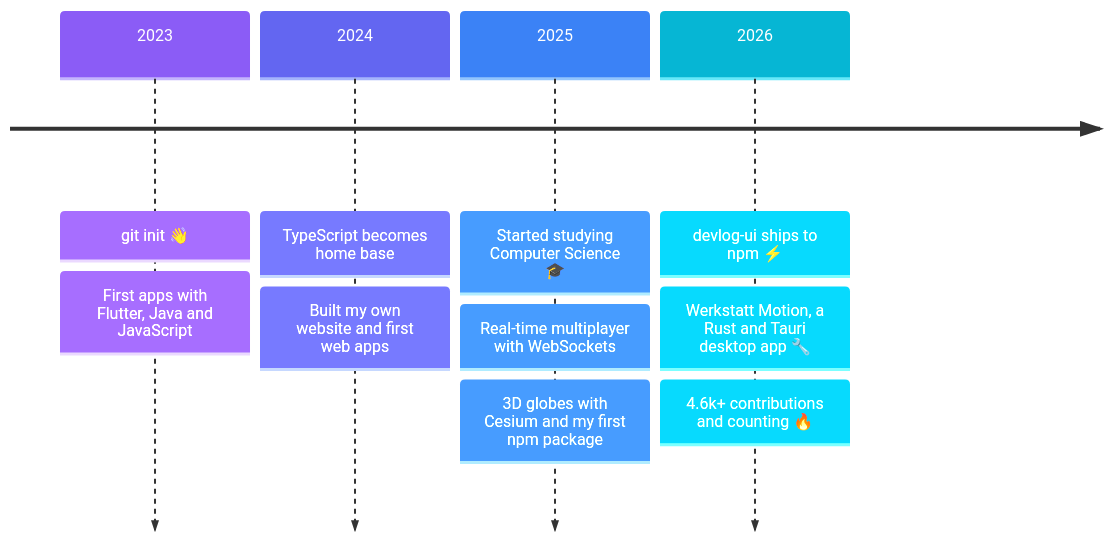
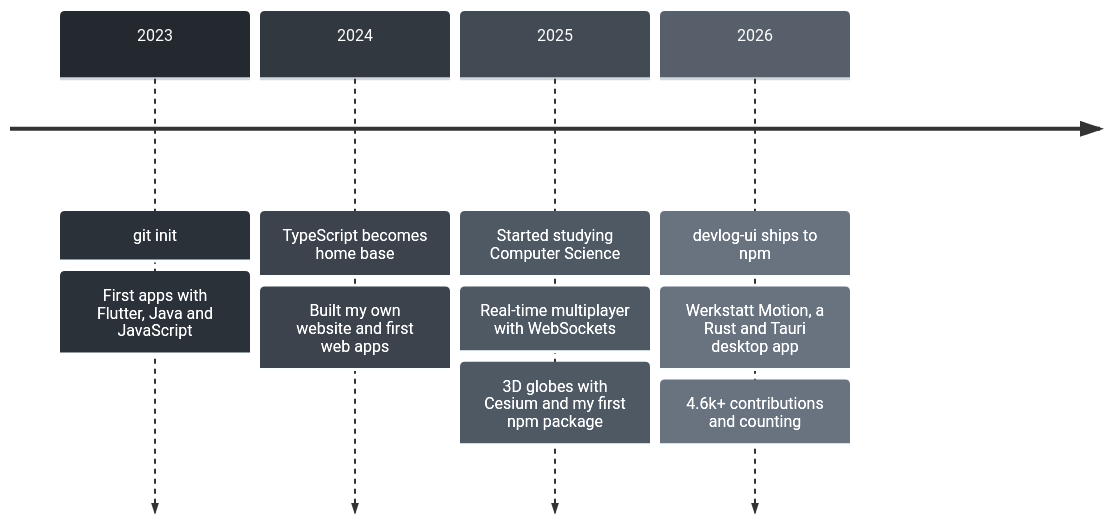
Before and after one commit to Oko-Tester/Oko-Tester: the diagram in README.md, drawn with Mermaid. The commit also changed other lines of this file, not shown here.

````diff
--- a/README.md
+++ b/README.md
@@ -144,14 +149,14 @@
 ```mermaid
-%%{init: {'theme': 'base', 'themeVariables': {'cScale0': '#8B5CF6', 'cScaleLabel0': '#FFFFFF', 'cScale1': '#6366F1', 'cScaleLabel1': '#FFFFFF', 'cScale2': '#3B82F6', 'cScaleLabel2': '#FFFFFF', 'cScale3': '#06B6D4', 'cScaleLabel3': '#FFFFFF', 'cScaleInv0': '#C4B5FD', 'cScaleInv1': '#A5B4FC', 'cScaleInv2': '#93C5FD', 'cScaleInv3': '#67E8F9', 'lineColor': '#8B949E'}}}%%
+%%{init: {'theme': 'base', 'themeVariables': {'fontFamily': 'ui-monospace, SFMono-Regular, Menlo, Consolas, monospace', 'cScale0': '#24292F', 'cScaleLabel0': '#FFFFFF', 'cScale1': '#32383F', 'cScaleLabel1': '#FFFFFF', 'cScale2': '#424A53', 'cScaleLabel2': '#FFFFFF', 'cScale3': '#57606A', 'cScaleLabel3': '#FFFFFF', 'cScaleInv0': '#D0D7DE', 'cScaleInv1': '#D0D7DE', 'cScaleInv2': '#D0D7DE', 'cScaleInv3': '#D0D7DE', 'lineColor': '#8B949E'}}}%%
 timeline
-    2023 : git init 👋
+    2023 : git init
          : First apps with Flutter, Java and JavaScript
     2024 : TypeScript becomes home base
          : Built my own website and first web apps
-    2025 : Started studying Computer Science 🎓
+    2025 : Started studying Computer Science
          : Real-time multiplayer with WebSockets
          : 3D globes with Cesium and my first npm package
-    2026 : devlog-ui ships to npm ⚡
-         : Werkstatt Motion, a Rust and Tauri desktop app 🔧
-         : 4.6k+ contributions and counting 🔥
+    2026 : devlog-ui ships to npm
+         : Werkstatt Motion, a Rust and Tauri desktop app
+         : 4.6k+ contributions and counting
 ```
````
